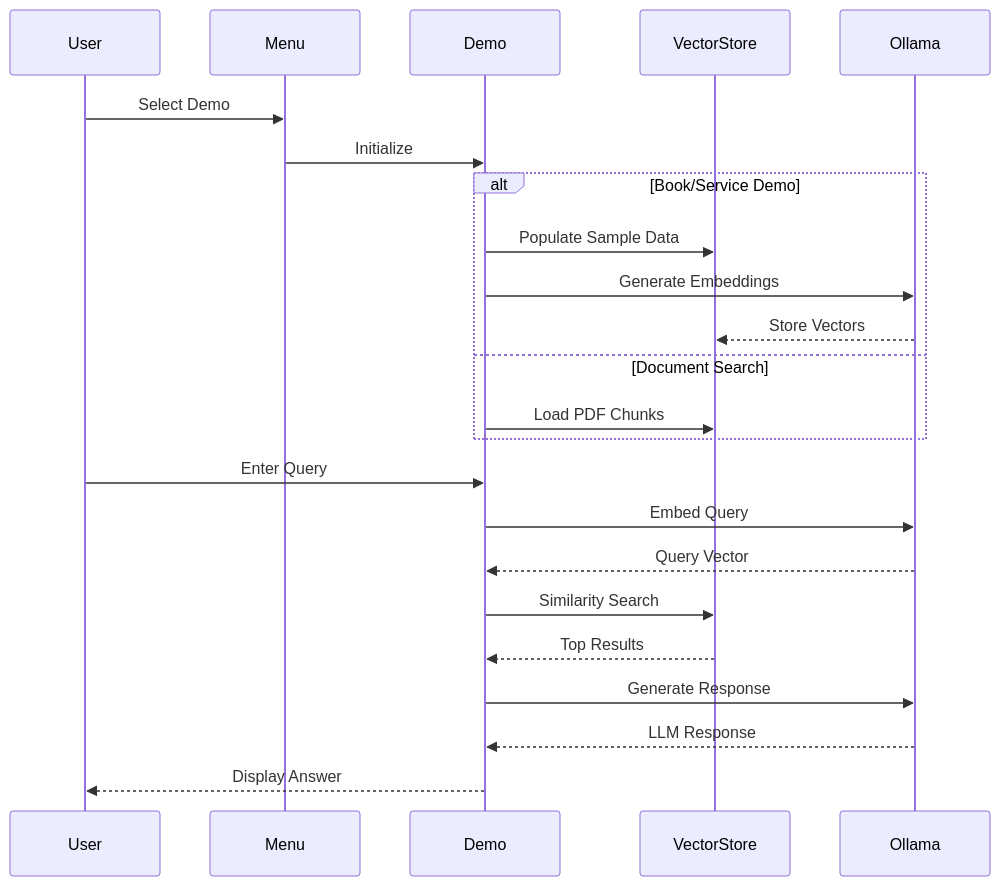
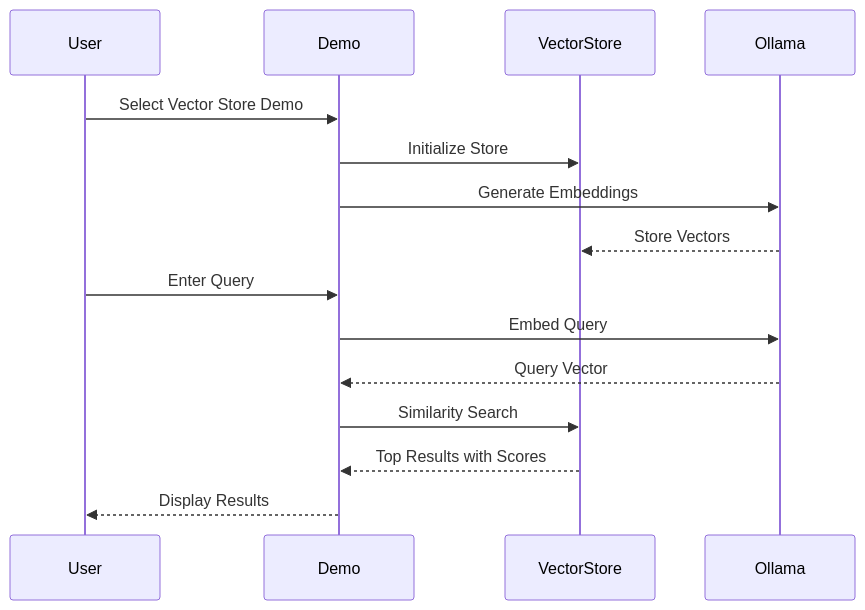
One commit to mgliot/AI.Workshop changed the second of 2 diagrams in docs/AI.Workshop.Console.VectorDemos.md. Above: the diagram before and after it, drawn with Mermaid. The commit also changed other lines of this file and 23 other files, not shown here.

````diff
--- a/docs/AI.Workshop.Console.VectorDemos.md
+++ b/docs/AI.Workshop.Console.VectorDemos.md
@@ -49,28 +84,19 @@
 ```mermaid
 sequenceDiagram
     participant User
-    participant Menu
     participant Demo
     participant VectorStore
     participant Ollama
     
-    User->>Menu: Select Demo
-    Menu->>Demo: Initialize
-    
-    alt Book/Service Demo
-        Demo->>VectorStore: Populate Sample Data
-        Demo->>Ollama: Generate Embeddings
-        Ollama-->>VectorStore: Store Vectors
-    else Document Search
-        Demo->>VectorStore: Load PDF Chunks
-    end
+    User->>Demo: Select Vector Store Demo
+    Demo->>VectorStore: Initialize Store
+    Demo->>Ollama: Generate Embeddings
+    Ollama-->>VectorStore: Store Vectors
     
     User->>Demo: Enter Query
     Demo->>Ollama: Embed Query
     Ollama-->>Demo: Query Vector
     Demo->>VectorStore: Similarity Search
-    VectorStore-->>Demo: Top Results
-    Demo->>Ollama: Generate Response
-    Ollama-->>Demo: LLM Response
-    Demo-->>User: Display Answer
+    VectorStore-->>Demo: Top Results with Scores
+    Demo-->>User: Display Results
 ```
````
